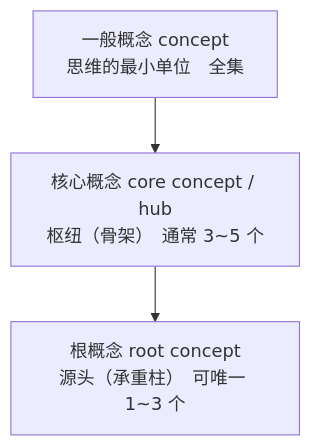
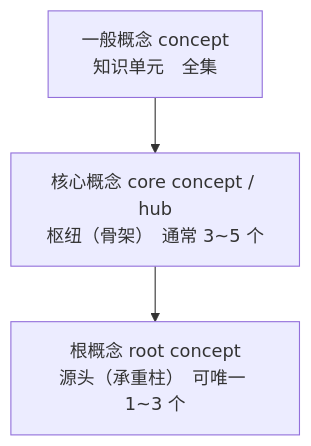
Before and after one commit to Yongjunzhou/AOS-system-design: the first of 6 diagrams in 100-subprojects/01-系统工程研究/03-架构师是个怎样的物种/01-第1章-概念体系能力-学习能力的杠杆.md, drawn with Mermaid. The commit also changed other lines of this file and 46 other files, not shown here.

````diff
--- a/100-subprojects/01-系统工程研究/03-架构师是个怎样的物种/01-第1章-概念体系能力-学习能力的杠杆.md
+++ b/100-subprojects/01-系统工程研究/03-架构师是个怎样的物种/01-第1章-概念体系能力-学习能力的杠杆.md
@@ -113,5 +107,5 @@
 ```mermaid
 flowchart TD
-    A["一般概念 concept<br/>思维的最小单位　全集"] --> B["核心概念 core concept / hub<br/>枢纽（骨架）　通常 3~5 个"]
+    A["一般概念 concept<br/>知识单元　全集"] --> B["核心概念 core concept / hub<br/>枢纽（骨架）　通常 3~5 个"]
     B --> C["根概念 root concept<br/>源头（承重柱）　可唯一 1~3 个"]
 ```
````
